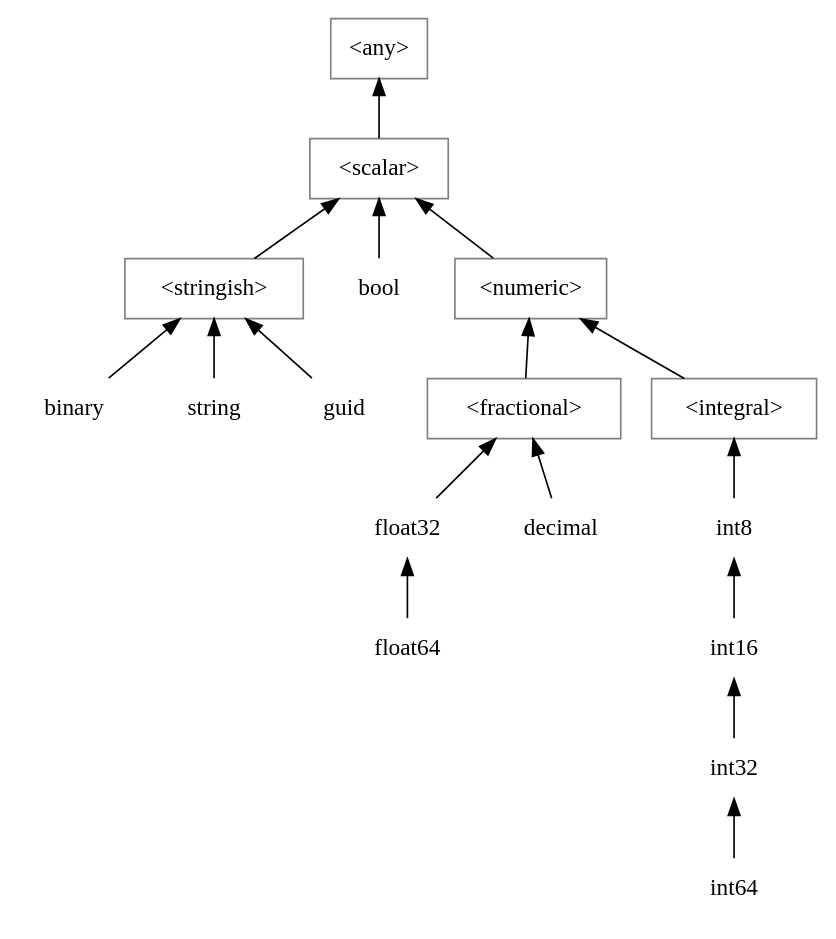
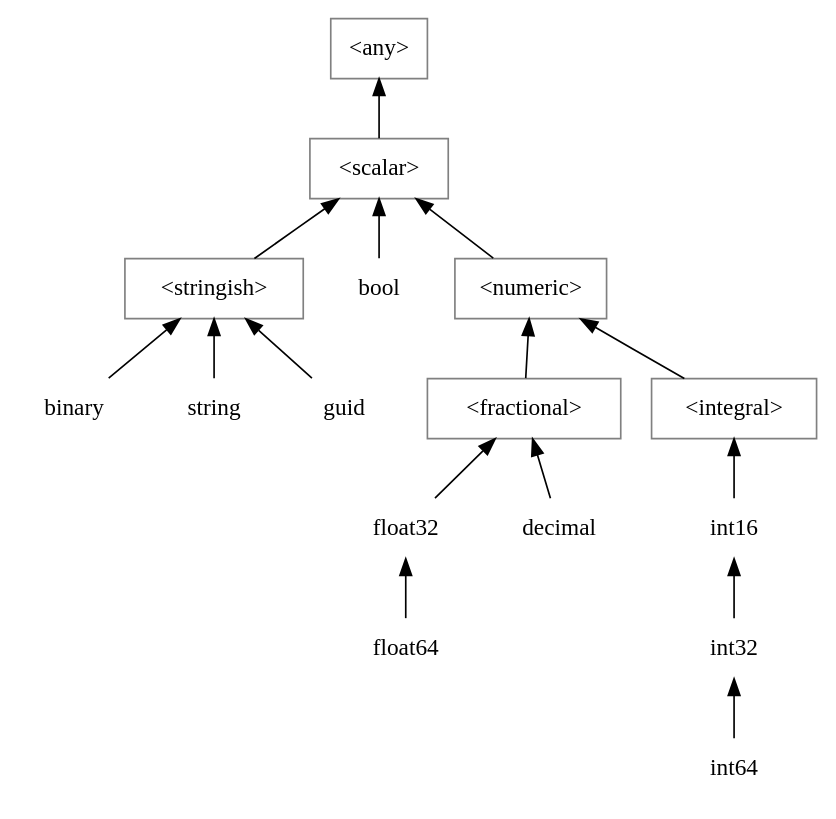
The diagram in doc/Language/TypeHierarchy.gv (fsprojects/Rezoom.SQL), drawn with Graphviz before and after one commit. The commit also changed 10 other files, not shown here.

```diff
--- a/doc/Language/TypeHierarchy.gv
+++ b/doc/Language/TypeHierarchy.gv
@@ -1,29 +1,28 @@
 // dot -Tsvg -O TypeHierarchy.gv
 digraph "Type Hierarchy" {
   rankdir=BT
   node[color=none,shape=rectangle,fontname=Consolas]
 
   integral[label="<integral>",color=gray]
   fractional[label="<fractional>",color=gray]
   numeric[label="<numeric>",color=gray]
   stringish[label="<stringish>",color=gray]
   scalar[label="<scalar>",color=gray]
   any[label="<any>",color=gray]
 
-  int8 -> integral
-  int16 -> int8
+  int16 -> integral
   int32 -> int16
   int64 -> int32
   bool -> scalar
   float32 -> fractional
   float64 -> float32
   decimal -> fractional
   binary -> stringish
   string -> stringish
   guid -> stringish
   stringish -> scalar
   fractional -> numeric
   integral -> numeric
   numeric -> scalar
   scalar -> any
 }
```
